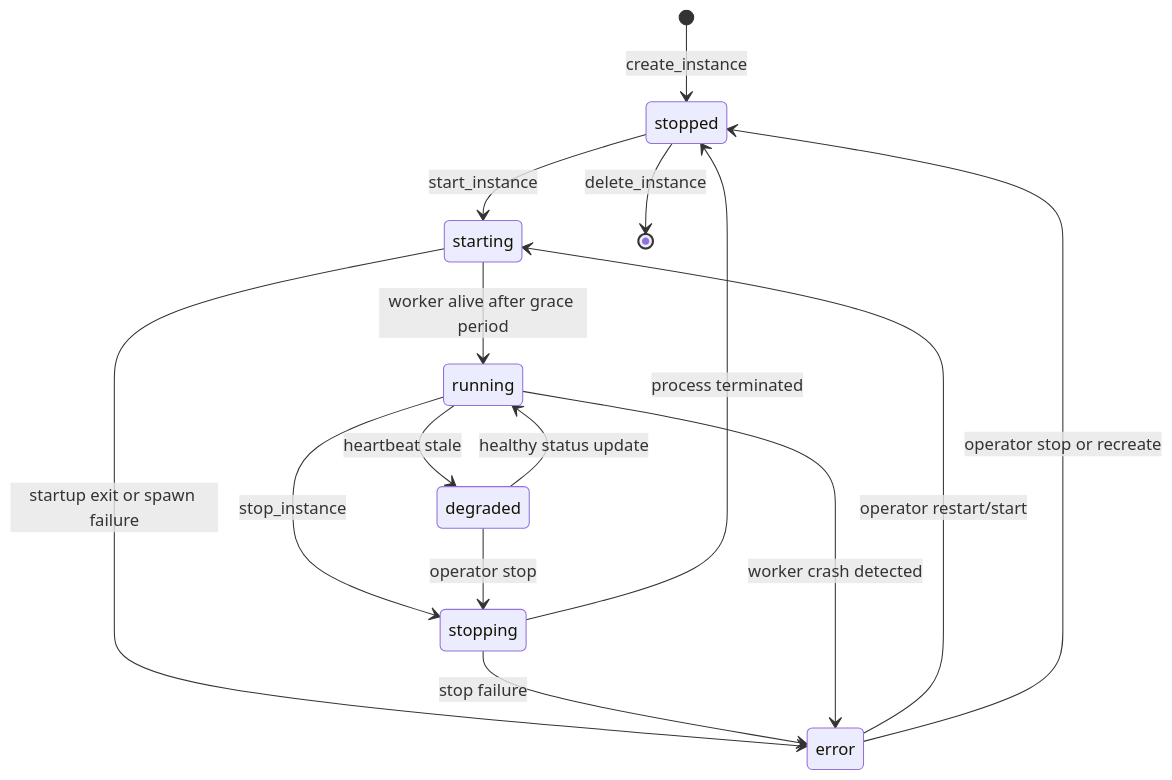
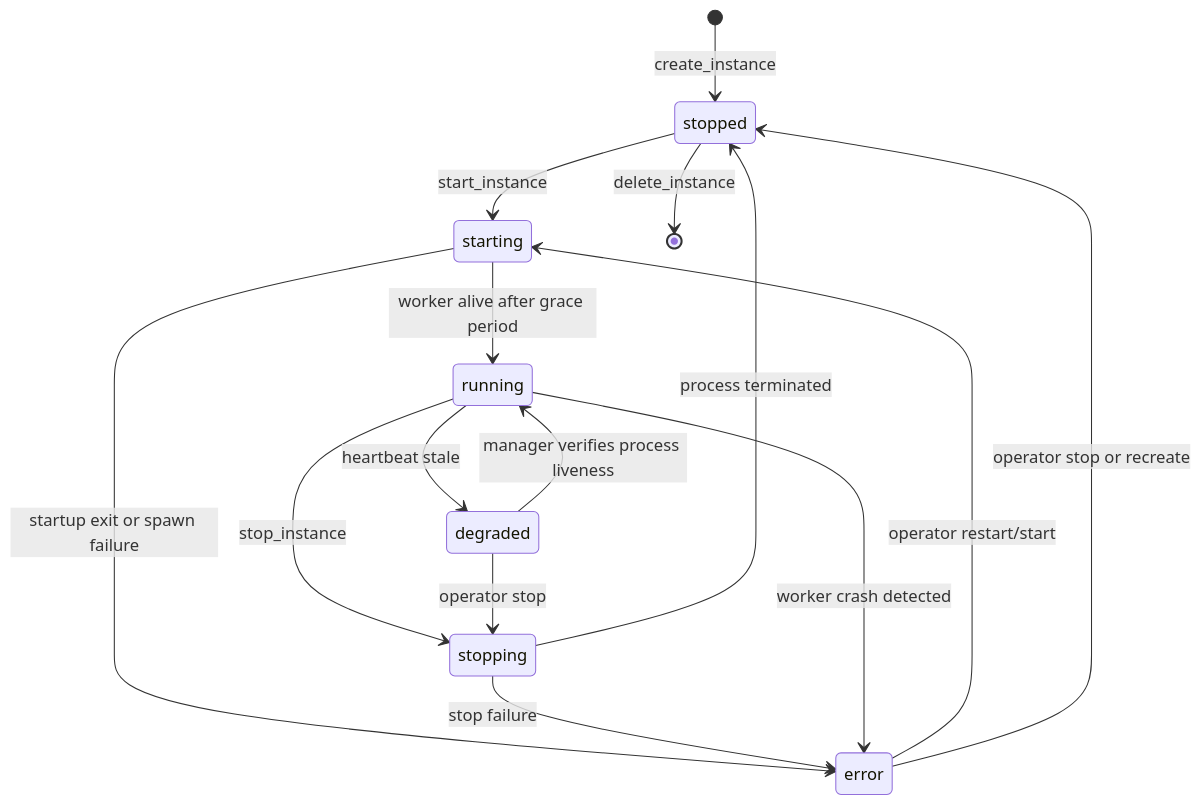
The fifth of 9 diagrams in bot/docs/BOT_FLOWS.md (cploutarchou/dydx-trading-bot), drawn with Mermaid before and after one commit. The commit also changed other lines of this file and 17 other files, not shown here.

````diff
--- a/bot/docs/BOT_FLOWS.md
+++ b/bot/docs/BOT_FLOWS.md
@@ -362,17 +366,17 @@
 ```mermaid
 stateDiagram-v2
     [*] --> stopped: create_instance
     stopped --> starting: start_instance
     starting --> running: worker alive after grace period
     starting --> error: startup exit or spawn failure
     running --> stopping: stop_instance
     stopping --> stopped: process terminated
     stopping --> error: stop failure
     running --> error: worker crash detected
     running --> degraded: heartbeat stale
-    degraded --> running: healthy status update
+    degraded --> running: manager verifies process liveness
     degraded --> stopping: operator stop
     error --> starting: operator restart/start
     error --> stopped: operator stop or recreate
     stopped --> [*]: delete_instance
 ```
````
